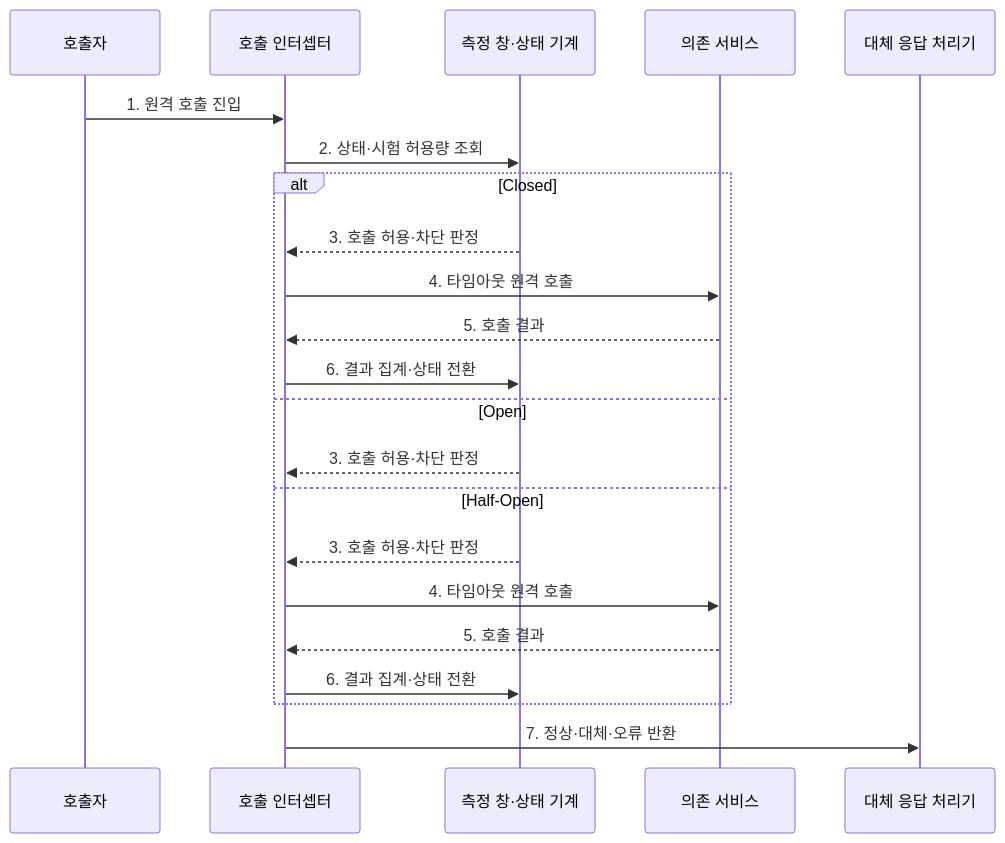
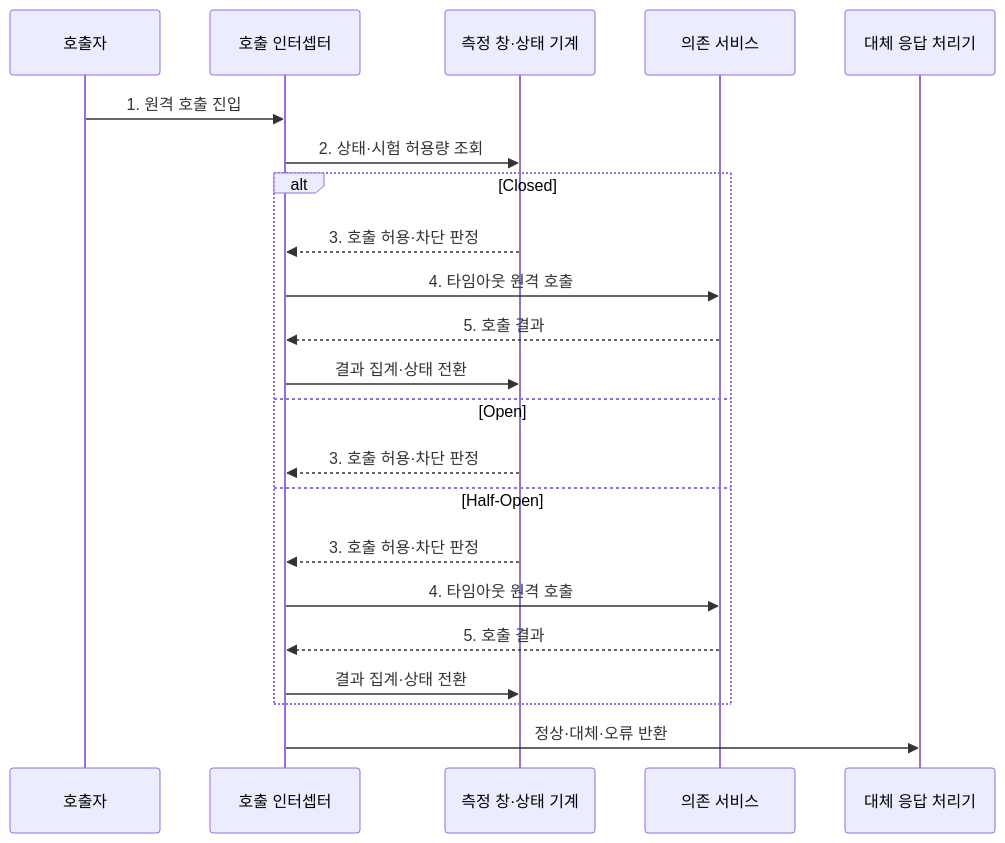
Before and after one commit to agnusdei1207/knowledge-base: the second of 2 diagrams in src/content/docs/notes/03-software/041_circuit_breaker_pattern.md, drawn with Mermaid. The commit also changed other lines of this file and 238 other files, not shown here.

````diff
--- a/src/content/docs/notes/03-software/041_circuit_breaker_pattern.md
+++ b/src/content/docs/notes/03-software/041_circuit_breaker_pattern.md
@@ -87,24 +90,24 @@
 ```mermaid
 sequenceDiagram
     participant C as 호출자
     participant I as 호출 인터셉터
     participant S as 측정 창·상태 기계
     participant D as 의존 서비스
     participant F as 대체 응답 처리기
     C->>I: 1. 원격 호출 진입
     I->>S: 2. 상태·시험 허용량 조회
     alt Closed
         S-->>I: 3. 호출 허용·차단 판정
         I->>D: 4. 타임아웃 원격 호출
         D-->>I: 5. 호출 결과
-        I->>S: 6. 결과 집계·상태 전환
+        I->>S: 결과 집계·상태 전환
     else Open
         S-->>I: 3. 호출 허용·차단 판정
     else Half-Open
         S-->>I: 3. 호출 허용·차단 판정
         I->>D: 4. 타임아웃 원격 호출
         D-->>I: 5. 호출 결과
-        I->>S: 6. 결과 집계·상태 전환
+        I->>S: 결과 집계·상태 전환
     end
-    I->>F: 7. 정상·대체·오류 반환
+    I->>F: 정상·대체·오류 반환
 ```
````
